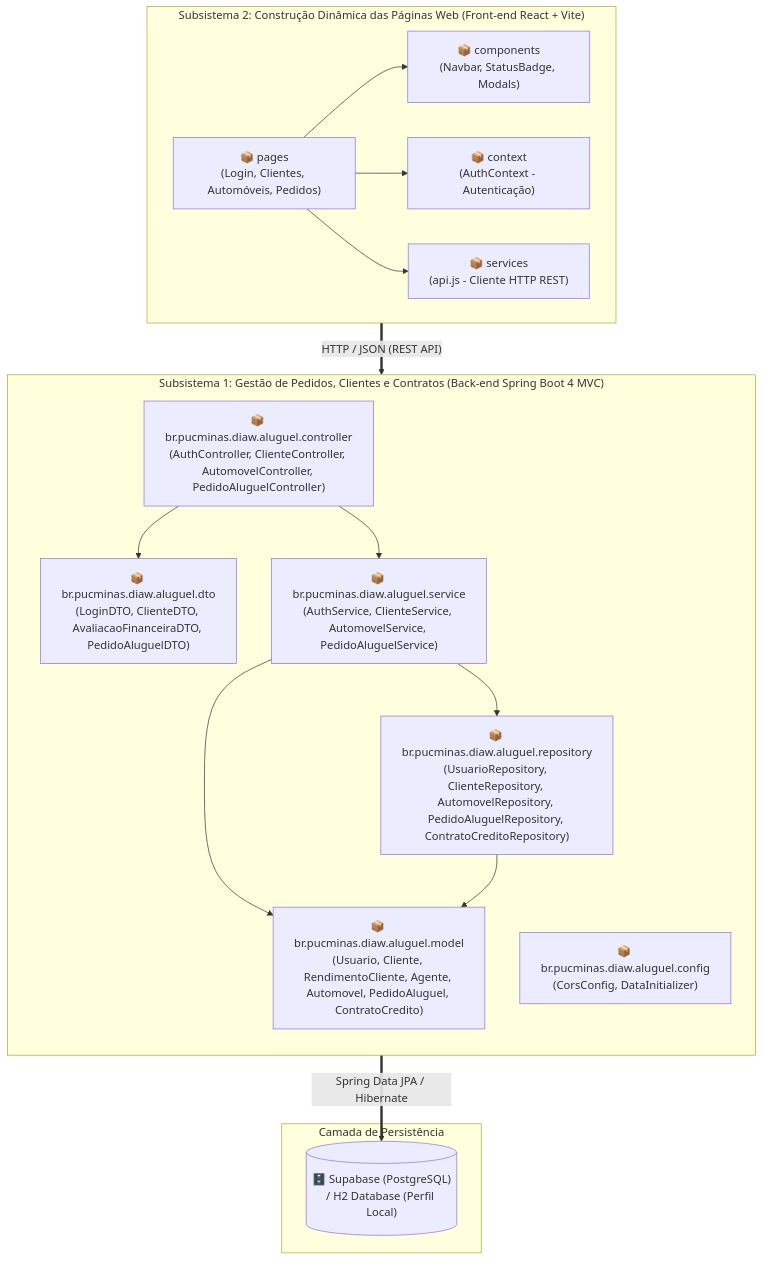
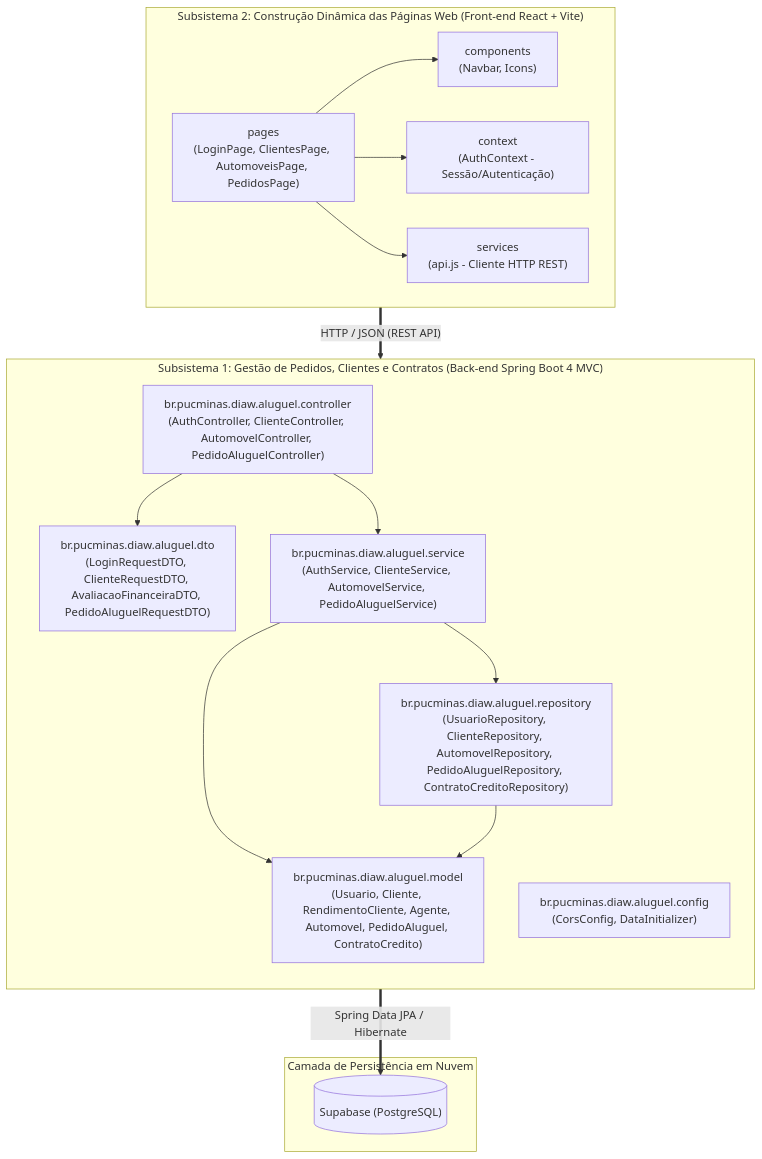
Before and after one commit to rafaelgantunes/Crud-Aluguel-de-Carros: the fourth of 4 diagrams in README.md, drawn with Mermaid. The commit also changed other lines of this file and 5 other files, not shown here.

````diff
--- a/README.md
+++ b/README.md
@@ -323,36 +321,36 @@
 ```mermaid
 flowchart TB
     subgraph SubsistemaWeb["Subsistema 2: Construção Dinâmica das Páginas Web (Front-end React + Vite)"]
         direction LR
-        Pages["📦 pages\n(Login, Clientes, Automóveis, Pedidos)"]
-        Components["📦 components\n(Navbar, StatusBadge, Modals)"]
-        ServicesFE["📦 services\n(api.js - Cliente HTTP REST)"]
-        ContextFE["📦 context\n(AuthContext - Autenticação)"]
+        Pages["pages\n(LoginPage, ClientesPage, AutomoveisPage, PedidosPage)"]
+        Components["components\n(Navbar, Icons)"]
+        ServicesFE["services\n(api.js - Cliente HTTP REST)"]
+        ContextFE["context\n(AuthContext - Sessão/Autenticação)"]
         Pages --> Components
         Pages --> ContextFE
         Pages --> ServicesFE
     end
 
     subgraph SubsistemaGestao["Subsistema 1: Gestão de Pedidos, Clientes e Contratos (Back-end Spring Boot 4 MVC)"]
         direction TB
-        Controller["📦 br.pucminas.diaw.aluguel.controller\n(AuthController, ClienteController, AutomovelController, PedidoAluguelController)"]
-        DTO["📦 br.pucminas.diaw.aluguel.dto\n(LoginDTO, ClienteDTO, AvaliacaoFinanceiraDTO, PedidoAluguelDTO)"]
-        Service["📦 br.pucminas.diaw.aluguel.service\n(AuthService, ClienteService, AutomovelService, PedidoAluguelService)"]
-        Repository["📦 br.pucminas.diaw.aluguel.repository\n(UsuarioRepository, ClienteRepository, AutomovelRepository, PedidoAluguelRepository, ContratoCreditoRepository)"]
-        Model["📦 br.pucminas.diaw.aluguel.model\n(Usuario, Cliente, RendimentoCliente, Agente, Automovel, PedidoAluguel, ContratoCredito)"]
-        Config["📦 br.pucminas.diaw.aluguel.config\n(CorsConfig, DataInitializer)"]
+        Controller["br.pucminas.diaw.aluguel.controller\n(AuthController, ClienteController, AutomovelController, PedidoAluguelController)"]
+        DTO["br.pucminas.diaw.aluguel.dto\n(LoginRequestDTO, ClienteRequestDTO, AvaliacaoFinanceiraDTO, PedidoAluguelRequestDTO)"]
+        Service["br.pucminas.diaw.aluguel.service\n(AuthService, ClienteService, AutomovelService, PedidoAluguelService)"]
+        Repository["br.pucminas.diaw.aluguel.repository\n(UsuarioRepository, ClienteRepository, AutomovelRepository, PedidoAluguelRepository, ContratoCreditoRepository)"]
+        Model["br.pucminas.diaw.aluguel.model\n(Usuario, Cliente, RendimentoCliente, Agente, Automovel, PedidoAluguel, ContratoCredito)"]
+        Config["br.pucminas.diaw.aluguel.config\n(CorsConfig, DataInitializer)"]
 
         Controller --> DTO
         Controller --> Service
         Service --> Repository
         Service --> Model
         Repository --> Model
     end
 
-    subgraph Persistencia["Camada de Persistência"]
-        Supabase[("🗄️ Supabase (PostgreSQL)\n/ H2 Database (Perfil Local)")]
+    subgraph Persistencia["Camada de Persistência em Nuvem"]
+        Supabase[("Supabase (PostgreSQL)")]
     end
 
     ServicesFE ==>|"HTTP / JSON (REST API)"| Controller
     Repository ==>|"Spring Data JPA / Hibernate"| Supabase
 ```
````
